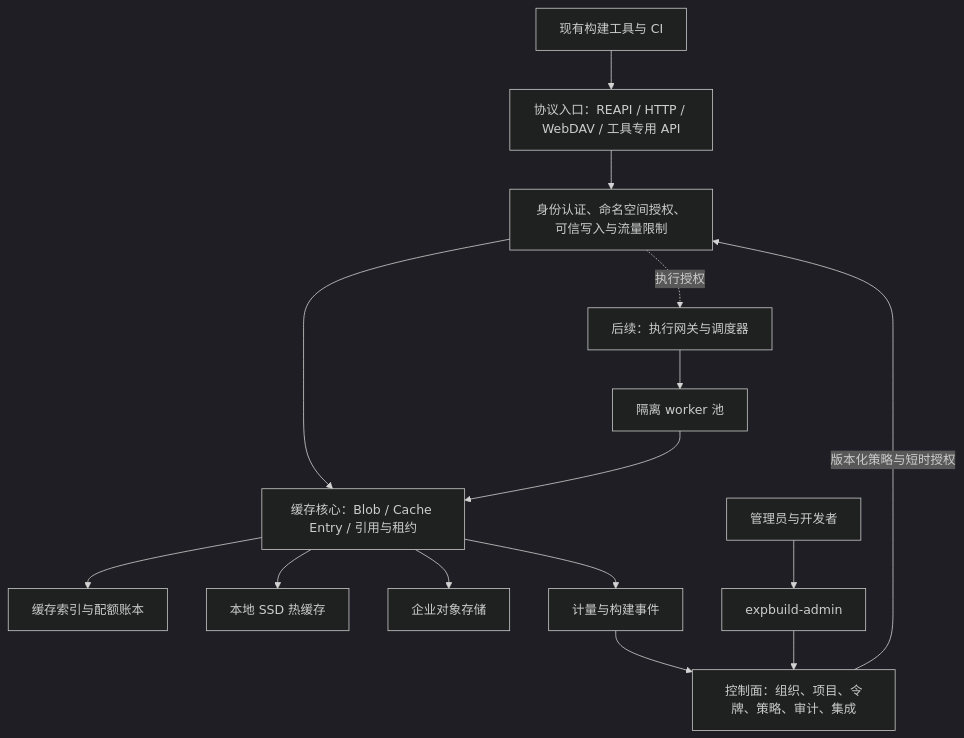
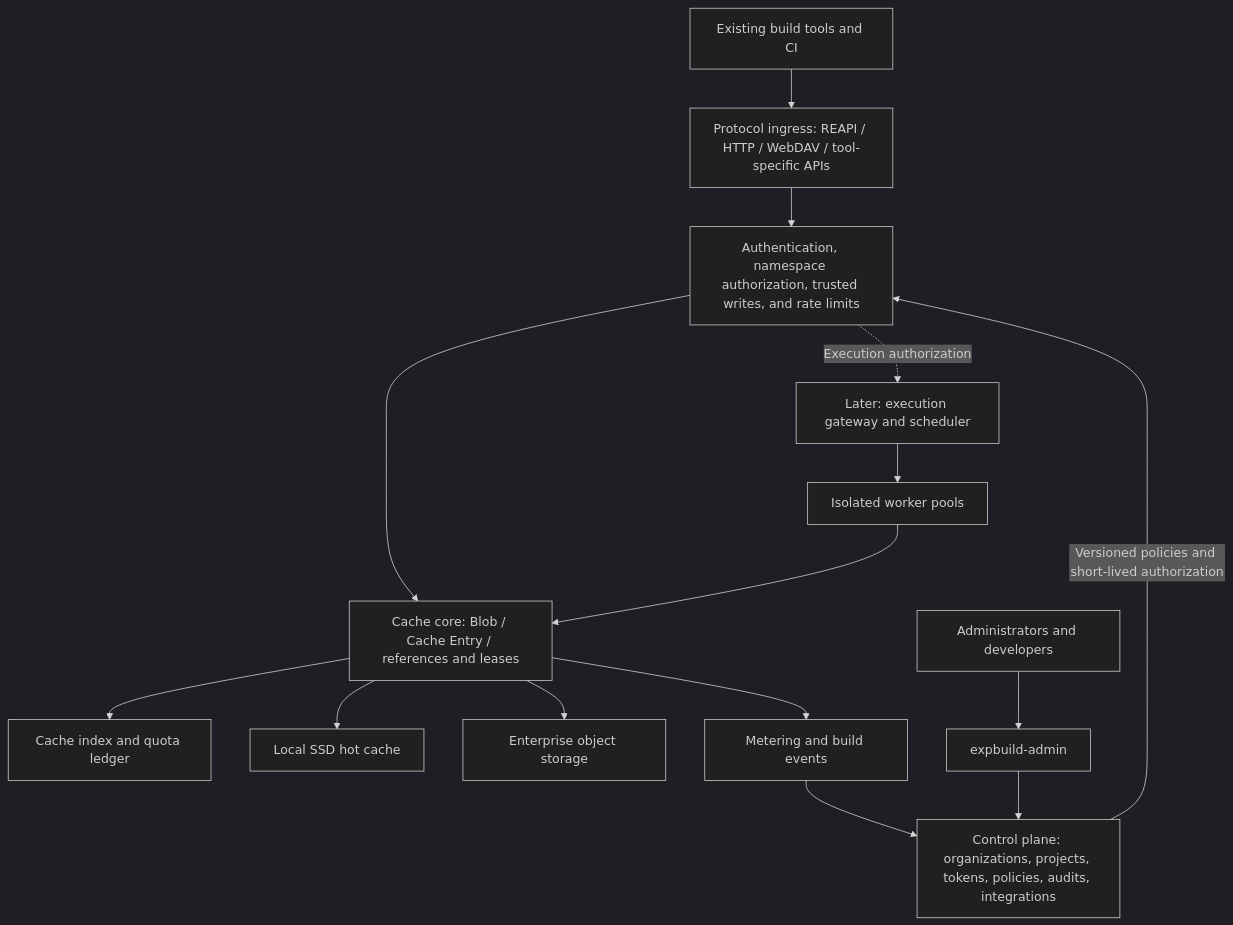
The diagram in docs/strategy/README.md (expbuild/expbuild), drawn with Mermaid (dark theme) before and after one commit. The commit also changed other lines of this file and 39 other files, not shown here.

````diff
--- a/docs/strategy/README.md
+++ b/docs/strategy/README.md
@@ -55,17 +55,17 @@
 ```mermaid
 flowchart TB
-    C[现有构建工具与 CI] --> P[协议入口：REAPI / HTTP / WebDAV / 工具专用 API]
-    P --> A[身份认证、命名空间授权、可信写入与流量限制]
-    A --> K[缓存核心：Blob / Cache Entry / 引用与租约]
-    K --> I[缓存索引与配额账本]
-    K --> L[本地 SSD 热缓存]
-    K --> S[企业对象存储]
-    U[管理员与开发者] --> UI[expbuild-admin]
-    UI --> CP[控制面：组织、项目、令牌、策略、审计、集成]
-    CP -->|版本化策略与短时授权| A
-    K --> E[计量与构建事件]
+    C[Existing build tools and CI] --> P[Protocol ingress: REAPI / HTTP / WebDAV / tool-specific APIs]
+    P --> A[Authentication, namespace authorization, trusted writes, and rate limits]
+    A --> K[Cache core: Blob / Cache Entry / references and leases]
+    K --> I[Cache index and quota ledger]
+    K --> L[Local SSD hot cache]
+    K --> S[Enterprise object storage]
+    U[Administrators and developers] --> UI[expbuild-admin]
+    UI --> CP[Control plane: organizations, projects, tokens, policies, audits, integrations]
+    CP -->|Versioned policies and short-lived authorization| A
+    K --> E[Metering and build events]
     E --> CP
-    A -.执行授权.-> X[后续：执行网关与调度器]
-    X --> W[隔离 worker 池]
+    A -.Execution authorization.-> X[Later: execution gateway and scheduler]
+    X --> W[Isolated worker pools]
     W --> K
 ```
````
